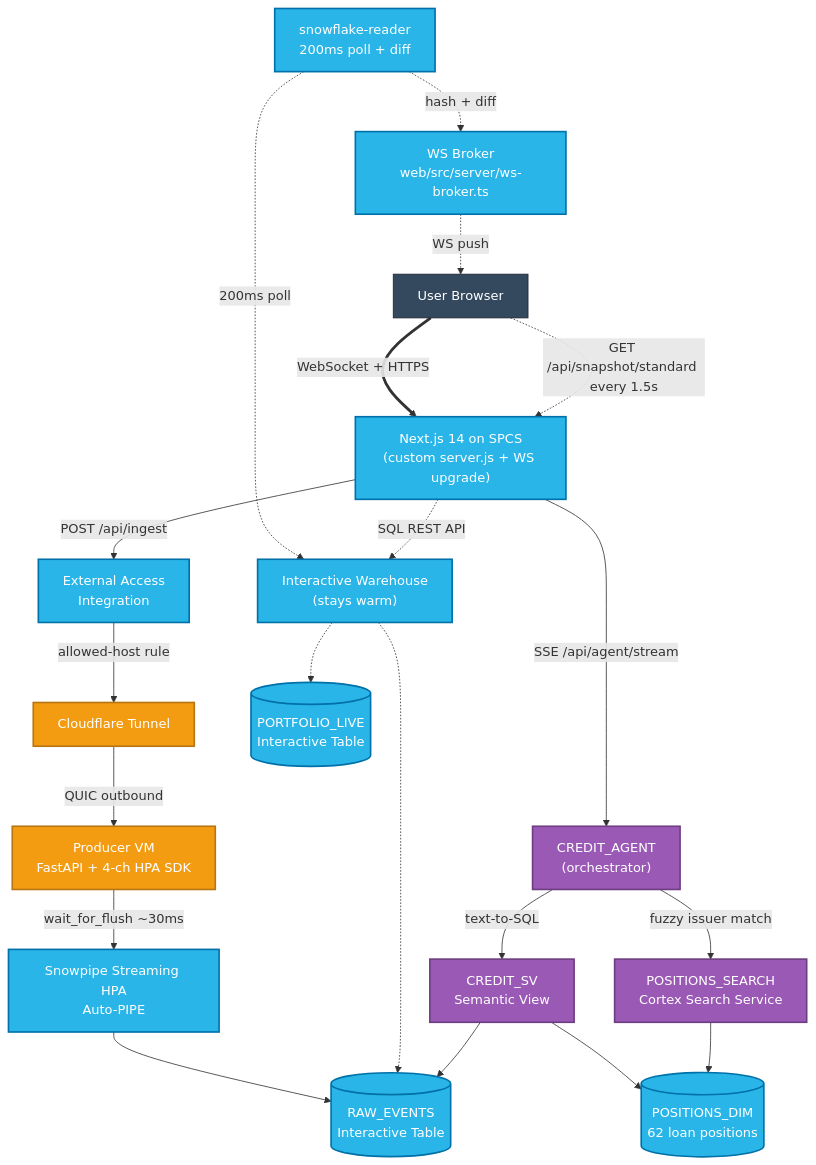
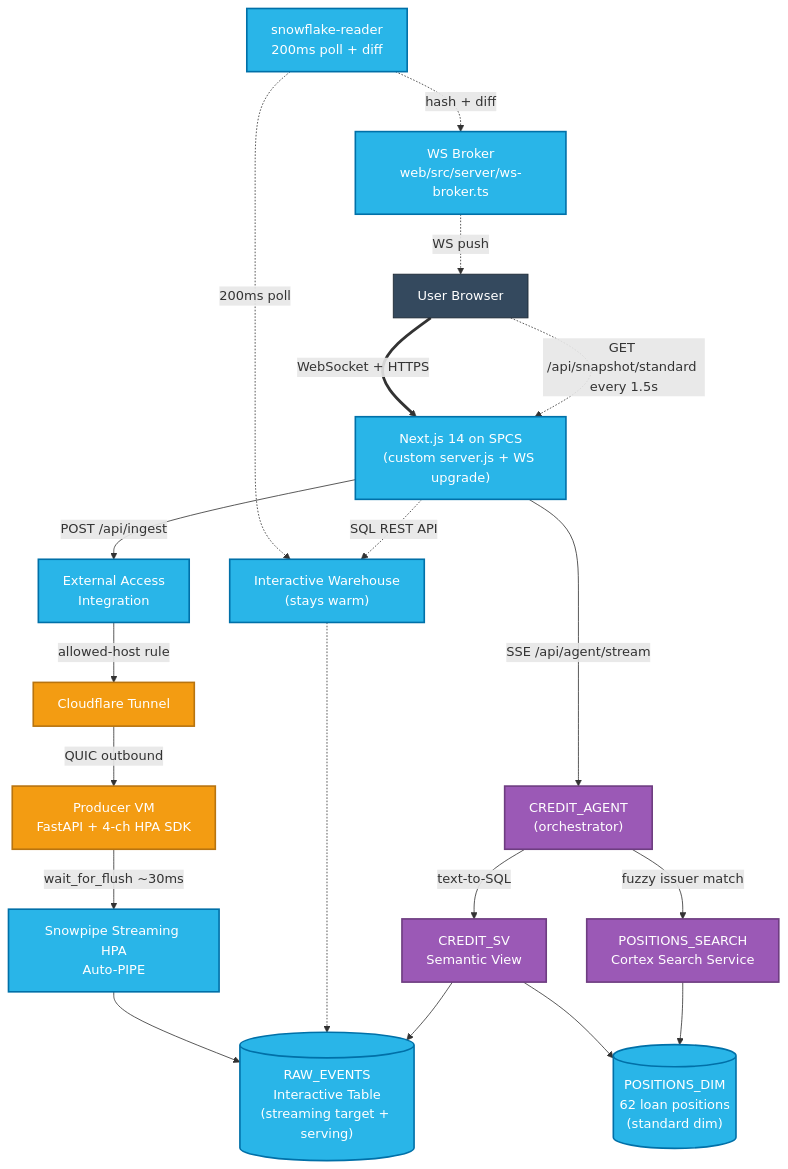
Before and after one commit to sfc-gh-jkang/sfguide-snowpipe-streaming-fast-react-dashboard: the diagram in README.md, drawn with Mermaid. The commit also changed other lines of this file and 17 other files, not shown here.

````diff
--- a/README.md
+++ b/README.md
@@ -127,55 +135,53 @@
 ```mermaid
 flowchart TB
     Browser["User Browser"]
     UI["Next.js 14 on SPCS<br/>(custom server.js + WS upgrade)"]
     WSB["WS Broker<br/>web/src/server/ws-broker.ts"]
     READER["snowflake-reader<br/>200ms poll + diff"]
     EAI["External Access<br/>Integration"]
     CF["Cloudflare Tunnel"]
     VM["Producer VM<br/>FastAPI + 4-ch HPA SDK"]
     PIPE["Snowpipe Streaming HPA<br/>Auto-PIPE"]
-    RAW[("RAW_EVENTS<br/>Interactive Table")]
-    POS[("POSITIONS_DIM<br/>62 loan positions")]
-    PORT[("PORTFOLIO_LIVE<br/>Interactive Table")]
+    RAW[("RAW_EVENTS<br/>Interactive Table<br/>(streaming target + serving)")]
+    POS[("POSITIONS_DIM<br/>62 loan positions<br/>(standard dim)")]
     INTWH["Interactive Warehouse<br/>(stays warm)"]
     AGENT["CREDIT_AGENT<br/>(orchestrator)"]
     SV["CREDIT_SV<br/>Semantic View"]
     SEARCH["POSITIONS_SEARCH<br/>Cortex Search Service"]
 
     Browser ==>|WebSocket + HTTPS| UI
 
     %% Click loop (optimistic + verified)
     UI -->|POST /api/ingest| EAI
     EAI -->|allowed-host rule| CF
     CF -->|QUIC outbound| VM
     VM -->|wait_for_flush ~30ms| PIPE
     PIPE --> RAW
 
     %% Server-side reader → WS push (200ms diff)
     READER -.->|200ms poll| INTWH
     INTWH -.-> RAW
-    INTWH -.-> PORT
     READER -.->|hash + diff| WSB
     WSB -.->|WS push| Browser
 
     %% Client-side snapshot fetch (1.5s truth source)
     Browser -.->|GET /api/snapshot/standard every 1.5s| UI
     UI -.->|SQL REST API| INTWH
 
     %% Cortex Agent path
     UI -->|SSE /api/agent/stream| AGENT
     AGENT -->|text-to-SQL| SV
     AGENT -->|fuzzy issuer match| SEARCH
     SV --> RAW
     SV --> POS
     SEARCH --> POS
 
     classDef snow fill:#29B5E8,stroke:#0070A8,color:#fff,stroke-width:2px
     classDef ext  fill:#F39C12,stroke:#B8740F,color:#fff,stroke-width:2px
     classDef ai   fill:#9B59B6,stroke:#6E3D81,color:#fff,stroke-width:2px
     classDef user fill:#34495E,stroke:#1A2530,color:#fff
-    class UI,WSB,READER,EAI,PIPE,RAW,POS,PORT,INTWH snow
+    class UI,WSB,READER,EAI,PIPE,RAW,POS,INTWH snow
     class CF,VM ext
     class AGENT,SV,SEARCH ai
     class Browser user
 ```
````
